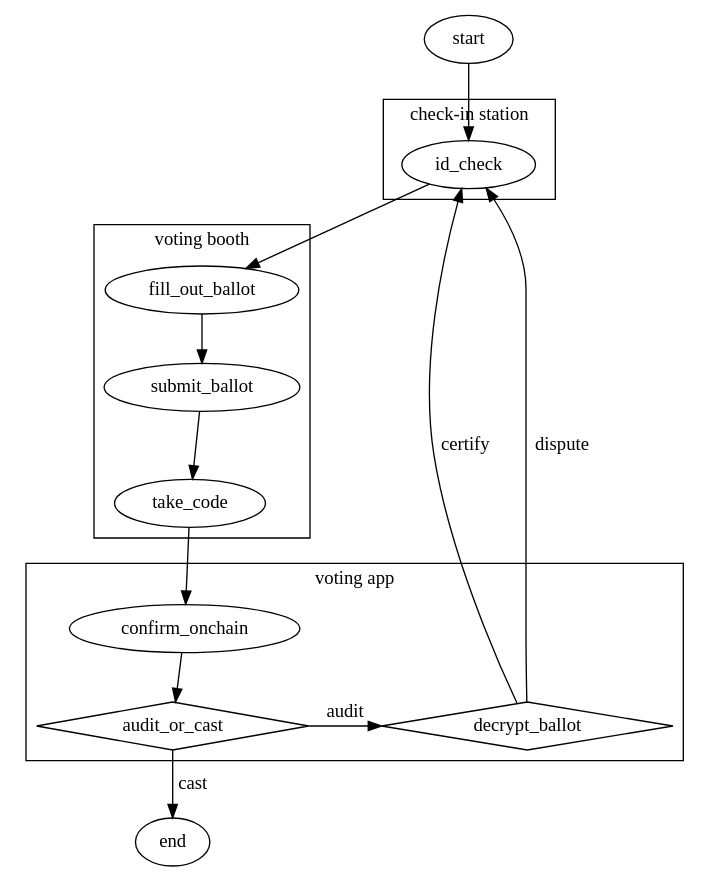
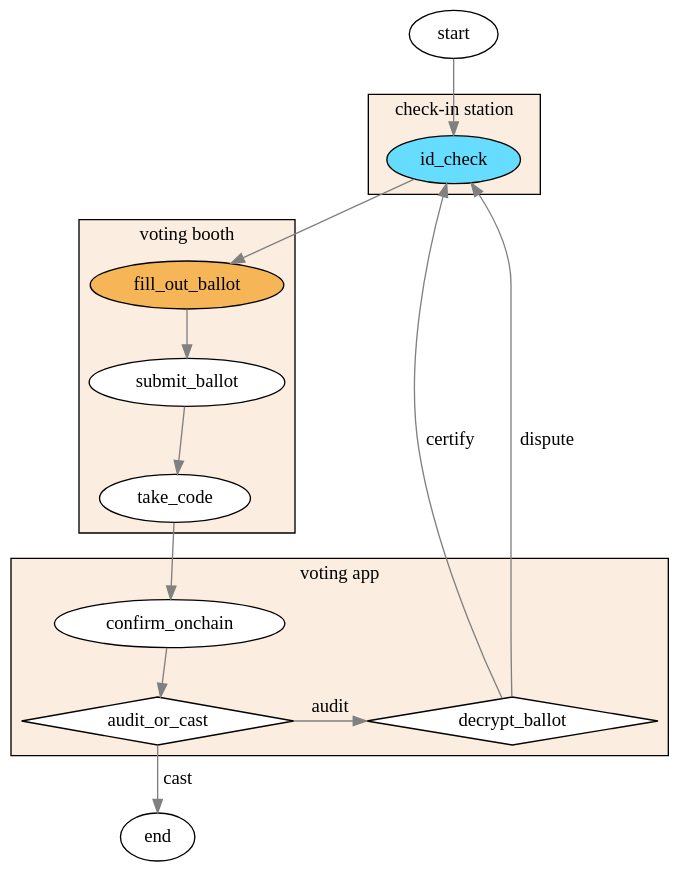
The diagram in src/posts/2024/10/15/mechanics-of-the-benaloh-challenge/proposed-workflow.dot (jefdaj/cryptoisland), drawn with Graphviz before and after one commit. The commit also changed 4 other files, not shown here.

```diff
--- a/src/posts/2024/10/15/mechanics-of-the-benaloh-challenge/proposed-workflow.dot
+++ b/src/posts/2024/10/15/mechanics-of-the-benaloh-challenge/proposed-workflow.dot
@@ -1,43 +1,53 @@
 digraph proposed_workflow {
+  rankdir=TB
+  bgcolor=transparent
+  node [style=filled, fillcolor=white]
+  edge [color=grey]
+
   start -> id_check
   subgraph cluster_checkin {
     label="check-in station"
+    bgcolor="#fbeee0"
     // id_check -> mint_vip_nft
-    id_check
+    id_check [fillcolor="#66ddff"] // blue
   }
   subgraph cluster_votingbooth {
     label="voting booth"
+    bgcolor="#fbeee0"
+    fill_out_ballot [fillcolor="#F6B657"] // orange
     fill_out_ballot -> submit_ballot -> take_code
   }
   subgraph cluster_phone {
     label="voting app"
+    bgcolor="#fbeee0"
+    confirm_onchain 
     take_code -> confirm_onchain -> audit_or_cast
     decrypt_ballot [shape=diamond]
     audit_or_cast [shape=diamond]
     rank=same {audit_or_cast,decrypt_ballot}
     audit_or_cast -> decrypt_ballot [label="audit"]
   }
   // TODO separate post
   // subgraph cluster_checkout {
   //   label="check-out station"
   //   mint_personal_nfts
   // }
   // subgraph cluster_dispute {
   //   label="arbitration"
   //   dispute -> open_ballot_box -> id_check
   // }
   // TODO separate post
   // subgraph cluster_verify {
   //   label="verifier app"
   //   verify_tally -> mint_verifier_nft
   // }
   id_check -> fill_out_ballot
   // audit_or_cast -> mint_personal_nfts [label="cast"]
   audit_or_cast -> end [label="cast"]
   decrypt_ballot -> id_check [label="certify", weight=0]
   decrypt_ballot -> id_check [label="dispute", weight=1]
   // id_check -> mint_personal_nfts [style="dashed"] // leave without voting
   // mint_personal_nfts -> verify_tally
   // mint_personal_nfts -> end
   // mint_verifier_nft -> end
 }
```
